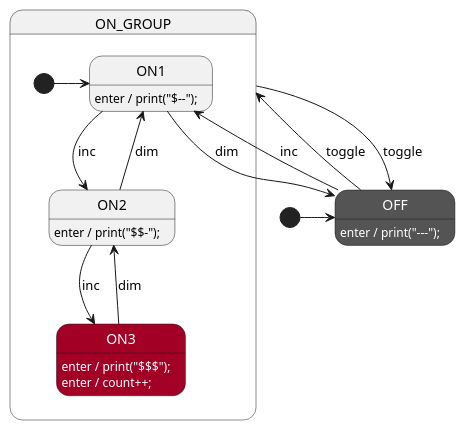
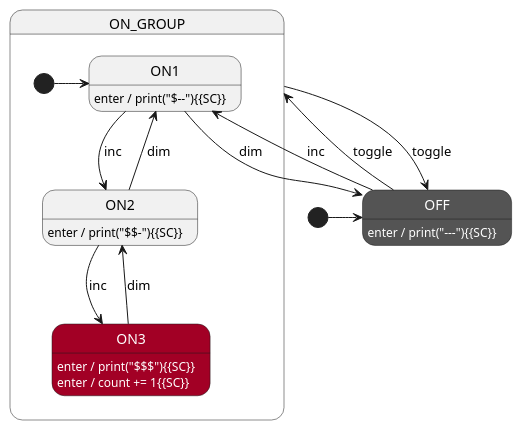
Before and after one commit to StateSmith/StateSmith: the diagram in src/StateSmith.Cli/Create/Templates/plantuml-simple-1/diagram.plantuml, drawn with PlantUML. The commit also changed 10 other files, not shown here.

```diff
--- a/src/StateSmith.Cli/Create/Templates/plantuml-simple-1/diagram.plantuml
+++ b/src/StateSmith.Cli/Create/Templates/plantuml-simple-1/diagram.plantuml
@@ -1,72 +1,72 @@
 @startuml {{smName}}
 
 /'
   This diagram is just a sample to show what the syntax can look like.
   
   We don't yet generate fully working examples for every supported language.
   This starting template is language agnostic.
 '/
 
 ' ///////////////////////////// STYLES /////////////////////////////
 ' Define some colors for the states. Totally optional.
 skinparam state {
     ' red style:
     BackgroundColor<<red>> a20025
     FontColor<<red>> white
     ' dark style:
     BackgroundColor<<dark>> 545454
     FontColor<<dark>> white
 }
 
 ' //////////////////////// STATE ORGANIZATION ///////////////////////
 ' Note: StateSmith treats state names and events as case insensitive.
 ' More info: https://github.com/StateSmith/StateSmith/wiki/PlantUML
 
 state OFF <<dark>>
 
 state ON_GROUP {
     [*] -> ON1
     state ON1
     state ON2
     state ON3 <<red>>
 }
 
 ' ///////////////////////// STATE HANDLERS /////////////////////////
 ' Syntax https://github.com/StateSmith/StateSmith/wiki/Behaviors
 
 [*] -> OFF
 
 'OFF
-OFF: enter / print("---");
+OFF: enter / print("---"){{SC}}
 OFF --> ON1 : inc
 OFF --> ON_GROUP: toggle
 
 'ON_GROUP
 ON_GROUP --> OFF: toggle
 
 'ON1
-ON1: enter / print("$--");
+ON1: enter / print("$--"){{SC}}
 ON1 --> ON2 : inc
 ON1 --> OFF : dim
 
 'ON2
-ON2: enter / print("$$-");
+ON2: enter / print("$$-"){{SC}}
 ON2 --> ON3 : inc
 ON2 --> ON1 : dim
 
 'ON3
-ON3: enter / print("$$$");
-ON3: enter / count++;
+ON3: enter / print("$$$"){{SC}}
+ON3: enter / count += 1{{SC}}
 ON3 --> ON2 : dim
 
 
 
 ' //////////////////////// StateSmith config ////////////////////////
 ' The below special comment block sets the StateSmith configuration.
 ' More info: https://github.com/StateSmith/StateSmith/issues/335
 ' Feel free to remove or modify it as needed.
 
 /'! $CONFIG : toml
 {{configToml}}
 '/
 @enduml
```
